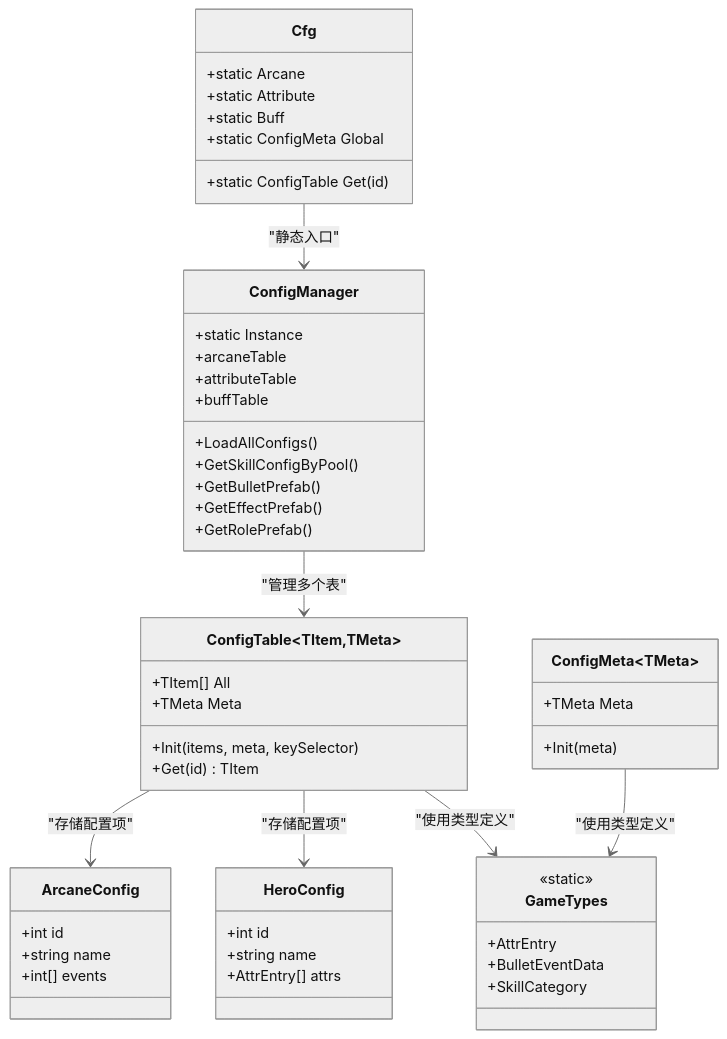
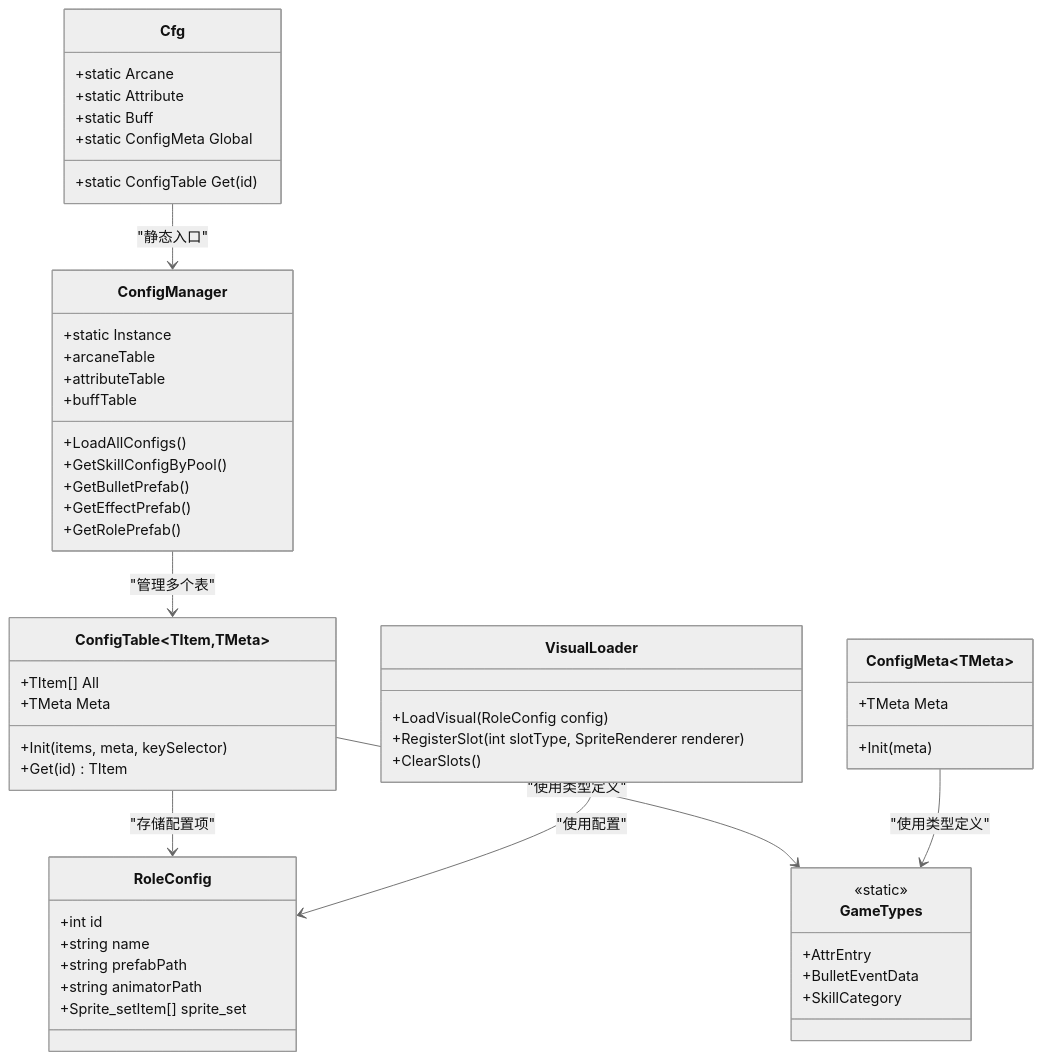
The second of 8 diagrams in .qoder/repowiki/zh/content/Old Configuration System.md (Tuusen/p1_client), drawn with Mermaid (neutral theme) before and after one commit. The commit also changed other lines of this file and 5 other files, not shown here.

````diff
--- a/.qoder/repowiki/zh/content/Old Configuration System.md
+++ b/.qoder/repowiki/zh/content/Old Configuration System.md
@@ -164,53 +173,55 @@
 ```mermaid
 classDiagram
 class Cfg {
 +static Arcane
 +static Attribute
 +static Buff
 +static ConfigTable Get(id)
 +static ConfigMeta Global
 }
 class ConfigManager {
 +static Instance
 +arcaneTable
 +attributeTable
 +buffTable
 +LoadAllConfigs()
 +GetSkillConfigByPool()
 +GetBulletPrefab()
 +GetEffectPrefab()
 +GetRolePrefab()
 }
 class ConfigTable~TItem,TMeta~ {
 +TItem[] All
 +TMeta Meta
 +Init(items, meta, keySelector)
 +Get(id) TItem
 }
 class ConfigMeta~TMeta~ {
 +TMeta Meta
 +Init(meta)
 }
-class ArcaneConfig {
+class RoleConfig {
 +int id
 +string name
-+int[] events
++string prefabPath
++string animatorPath
++Sprite_setItem[] sprite_set
 }
-class HeroConfig {
-+int id
-+string name
-+AttrEntry[] attrs
+class VisualLoader {
++LoadVisual(RoleConfig config)
++RegisterSlot(int slotType, SpriteRenderer renderer)
++ClearSlots()
 }
 class GameTypes {
 <<static>>
 +AttrEntry
 +BulletEventData
 +SkillCategory
 }
 Cfg --> ConfigManager : "静态入口"
 ConfigManager --> ConfigTable : "管理多个表"
-ConfigTable --> ArcaneConfig : "存储配置项"
-ConfigTable --> HeroConfig : "存储配置项"
+ConfigTable --> RoleConfig : "存储配置项"
 ConfigTable --> GameTypes : "使用类型定义"
 ConfigMeta --> GameTypes : "使用类型定义"
+VisualLoader --> RoleConfig : "使用配置"
 ```
````
